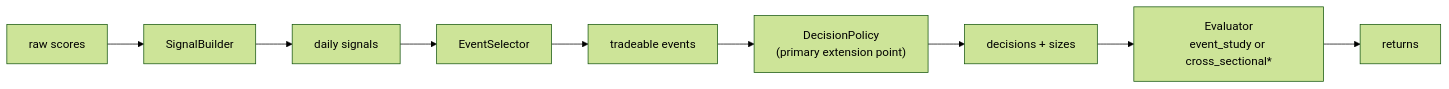
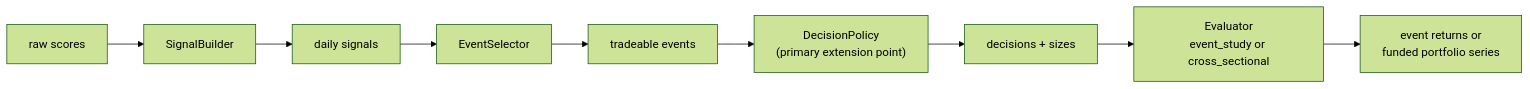
One commit to PeterLP123/Sentiment_Dissertation changed the fourth of 5 diagrams in docs/trading_pipeline.md. Above: the diagram before and after it, drawn with Mermaid (forest theme). The commit also changed other lines of this file and 13 other files, not shown here.

Commit message:
feat(trading): add funded portfolio evaluation

````diff
--- a/docs/trading_pipeline.md
+++ b/docs/trading_pipeline.md
@@ -164,11 +216,11 @@
 ```mermaid
 flowchart LR
     RS["raw scores"] --> SB["SignalBuilder"]
     SB --> DS["daily signals"]
     DS --> ES["EventSelector"]
     ES --> TE["tradeable events"]
     TE --> DP["DecisionPolicy<br/>(primary extension point)"]
     DP --> DE["decisions + sizes"]
-    DE --> EV["Evaluator<br/>event_study or cross_sectional*"]
-    EV --> RT["returns"]
+    DE --> EV["Evaluator<br/>event_study or cross_sectional"]
+    EV --> RT["event returns or<br/>funded portfolio series"]
 ```
````
